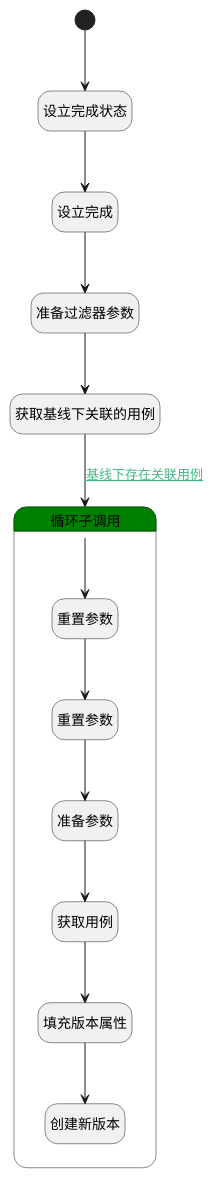
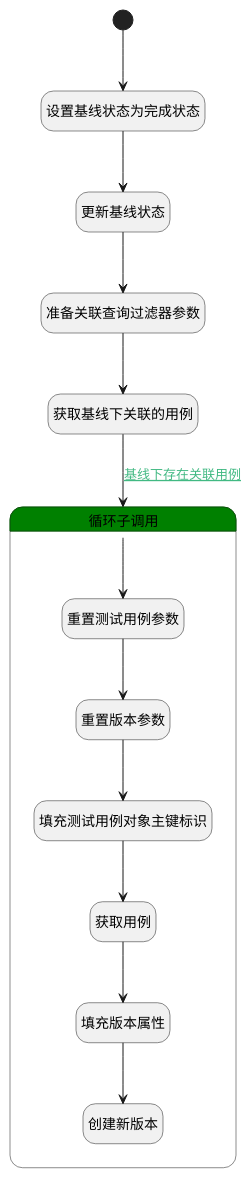
Before and after one commit to iBizLab/plm: the diagram in doc/docsify/module/Base/baseline/logic/set_complete_library.md, drawn with PlantUML. The commit also changed other lines of this file and 1068 other files, not shown here.

````diff
--- a/doc/docsify/module/Base/baseline/logic/set_complete_library.md
+++ b/doc/docsify/module/Base/baseline/logic/set_complete_library.md
@@ -7,40 +7,40 @@
 ```plantuml
 @startuml
 hide empty description
 <style>
 root {
   HyperlinkColor #42b983
 }
 </style>
 
 hide empty description
 state "开始" as Begin <<start>> [[$./set_complete_library#begin {"开始"}]]
-state "设立完成状态" as PREPAREPARAM1  [[$./set_complete_library#prepareparam1 {"设立完成状态"}]]
-state "设立完成" as DEACTION1  [[$./set_complete_library#deaction1 {"设立完成"}]]
-state "准备过滤器参数" as PREPAREPARAM2  [[$./set_complete_library#prepareparam2 {"准备过滤器参数"}]]
+state "设置基线状态为完成状态" as PREPAREPARAM1  [[$./set_complete_library#prepareparam1 {"设置基线状态为完成状态"}]]
+state "更新基线状态" as DEACTION1  [[$./set_complete_library#deaction1 {"更新基线状态"}]]
+state "准备关联查询过滤器参数" as PREPAREPARAM2  [[$./set_complete_library#prepareparam2 {"准备关联查询过滤器参数"}]]
 state "获取基线下关联的用例" as DEDATASET1  [[$./set_complete_library#dedataset1 {"获取基线下关联的用例"}]]
 state "循环子调用" as LOOPSUBCALL1  [[$./set_complete_library#loopsubcall1 {"循环子调用"}]] #green {
-state "重置参数" as RESETPARAM1  [[$./set_complete_library#resetparam1 {"重置参数"}]]
-state "重置参数" as RESETPARAM2  [[$./set_complete_library#resetparam2 {"重置参数"}]]
-state "准备参数" as PREPAREPARAM3  [[$./set_complete_library#prepareparam3 {"准备参数"}]]
+state "重置测试用例参数" as RESETPARAM1  [[$./set_complete_library#resetparam1 {"重置测试用例参数"}]]
+state "重置版本参数" as RESETPARAM2  [[$./set_complete_library#resetparam2 {"重置版本参数"}]]
+state "填充测试用例对象主键标识" as PREPAREPARAM3  [[$./set_complete_library#prepareparam3 {"填充测试用例对象主键标识"}]]
 state "获取用例" as DEACTION2  [[$./set_complete_library#deaction2 {"获取用例"}]]
 state "填充版本属性" as PREPAREPARAM4  [[$./set_complete_library#prepareparam4 {"填充版本属性"}]]
 state "创建新版本" as DEACTION3  [[$./set_complete_library#deaction3 {"创建新版本"}]]
 }
 
 
 Begin --> PREPAREPARAM1
 PREPAREPARAM1 --> DEACTION1
 DEACTION1 --> PREPAREPARAM2
 PREPAREPARAM2 --> DEDATASET1
 DEDATASET1 --> LOOPSUBCALL1 : [[$./set_complete_library#dedataset1-loopsubcall1{基线下存在关联用例} 基线下存在关联用例]]
 LOOPSUBCALL1 --> RESETPARAM1
 RESETPARAM1 --> RESETPARAM2
 RESETPARAM2 --> PREPAREPARAM3
 PREPAREPARAM3 --> DEACTION2
 DEACTION2 --> PREPAREPARAM4
 PREPAREPARAM4 --> DEACTION3
 
 
 @enduml
 ```
````
